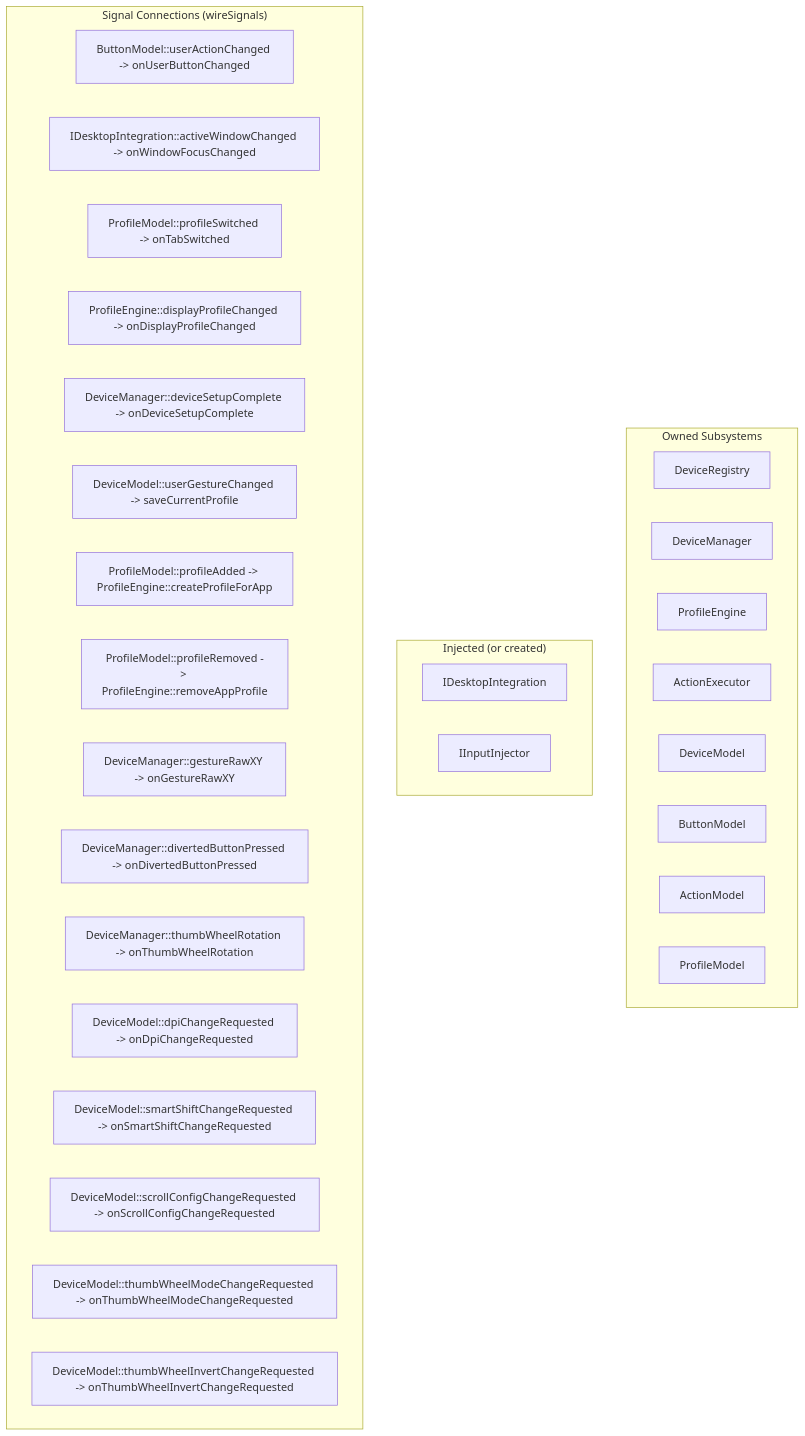
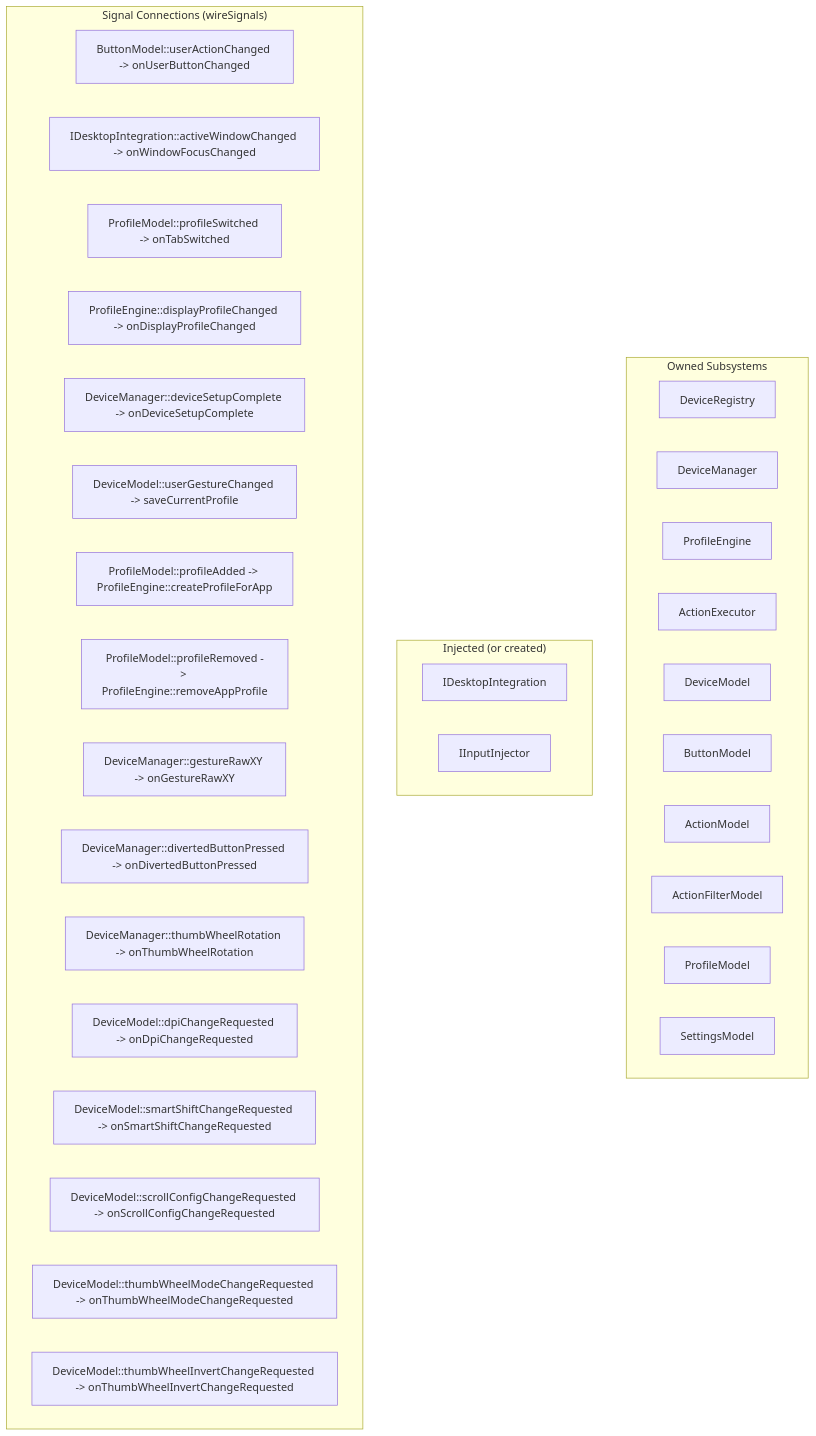
One commit to mmaher88/logitune changed diagram 15 of 15 in docs/wiki/Architecture.md. Above: the diagram before and after it, drawn with Mermaid. The commit also changed other lines of this file, not shown here.

````diff
--- a/docs/wiki/Architecture.md
+++ b/docs/wiki/Architecture.md
@@ -816,37 +842,39 @@
 ```mermaid
 graph TB
     subgraph "Owned Subsystems"
         Registry[DeviceRegistry]
         DevMgr[DeviceManager]
         PE[ProfileEngine]
         AE[ActionExecutor]
         DM[DeviceModel]
         BM[ButtonModel]
         AM[ActionModel]
+        AFM[ActionFilterModel]
         PM[ProfileModel]
+        SM[SettingsModel]
     end
 
     subgraph "Injected (or created)"
         Desktop[IDesktopIntegration]
         Injector[IInputInjector]
     end
 
     subgraph "Signal Connections (wireSignals)"
         S1["ButtonModel::userActionChanged -> onUserButtonChanged"]
         S2["IDesktopIntegration::activeWindowChanged -> onWindowFocusChanged"]
         S3["ProfileModel::profileSwitched -> onTabSwitched"]
         S4["ProfileEngine::displayProfileChanged -> onDisplayProfileChanged"]
         S5["DeviceManager::deviceSetupComplete -> onDeviceSetupComplete"]
         S6["DeviceModel::userGestureChanged -> saveCurrentProfile"]
         S7["ProfileModel::profileAdded -> ProfileEngine::createProfileForApp"]
         S8["ProfileModel::profileRemoved -> ProfileEngine::removeAppProfile"]
         S9["DeviceManager::gestureRawXY -> onGestureRawXY"]
         S10["DeviceManager::divertedButtonPressed -> onDivertedButtonPressed"]
         S11["DeviceManager::thumbWheelRotation -> onThumbWheelRotation"]
         S12["DeviceModel::dpiChangeRequested -> onDpiChangeRequested"]
         S13["DeviceModel::smartShiftChangeRequested -> onSmartShiftChangeRequested"]
         S14["DeviceModel::scrollConfigChangeRequested -> onScrollConfigChangeRequested"]
         S15["DeviceModel::thumbWheelModeChangeRequested -> onThumbWheelModeChangeRequested"]
         S16["DeviceModel::thumbWheelInvertChangeRequested -> onThumbWheelInvertChangeRequested"]
     end
 ```
````
